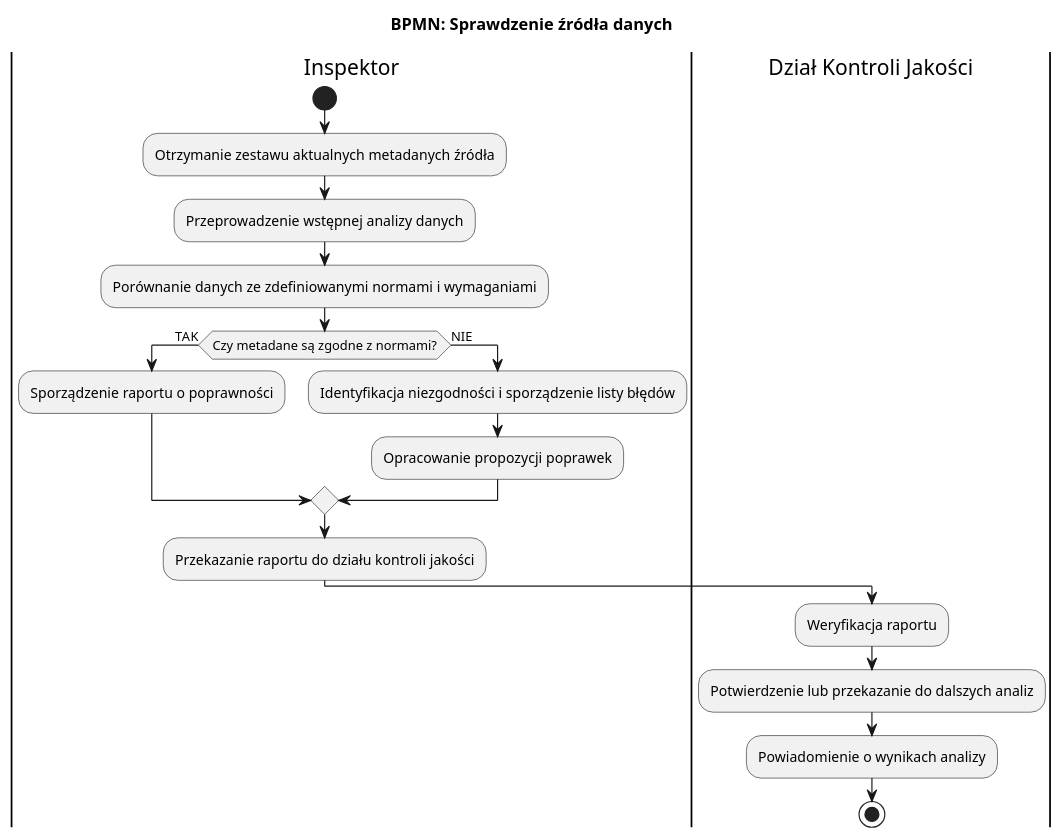
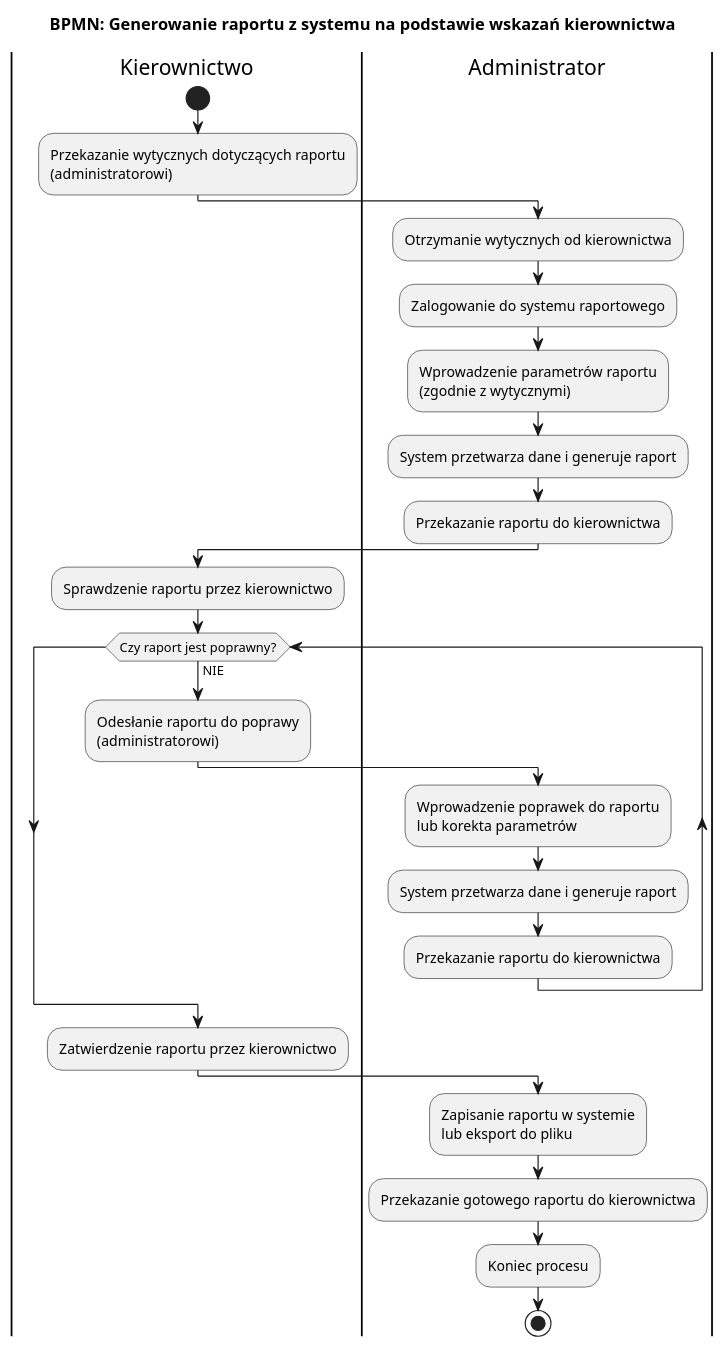
Before and after one commit to falkowp/IWO25L: the diagram in dokumentacja/specyfikacja.wymagan/2.opis.biznesu/procesy.biznesowe/aktualne/A_PB0006.puml, drawn with PlantUML. The commit also changed 16 other files, not shown here.

```diff
--- a/dokumentacja/specyfikacja.wymagan/2.opis.biznesu/procesy.biznesowe/aktualne/A_PB0006.puml
+++ b/dokumentacja/specyfikacja.wymagan/2.opis.biznesu/procesy.biznesowe/aktualne/A_PB0006.puml
@@ -1,21 +1,29 @@
 @startuml
-title BPMN: Sprawdzenie źródła danych
+title BPMN: Generowanie raportu z systemu na podstawie wskazań kierownictwa
 
-|Inspektor|
+|Kierownictwo|
 start
-:Otrzymanie zestawu aktualnych metadanych źródła;
-:Przeprowadzenie wstępnej analizy danych;
-:Porównanie danych ze zdefiniowanymi normami i wymaganiami;
-if (Czy metadane są zgodne z normami?) then (TAK)
-  :Sporządzenie raportu o poprawności;
-else (NIE)
-  :Identyfikacja niezgodności i sporządzenie listy błędów;
-  :Opracowanie propozycji poprawek;
-endif
-:Przekazanie raportu do działu kontroli jakości;
-|Dział Kontroli Jakości|
-:Weryfikacja raportu;
-:Potwierdzenie lub przekazanie do dalszych analiz;
-:Powiadomienie o wynikach analizy;
+:Przekazanie wytycznych dotyczących raportu\n(administratorowi);
+|Administrator|
+:Otrzymanie wytycznych od kierownictwa;
+:Zalogowanie do systemu raportowego;
+:Wprowadzenie parametrów raportu\n(zgodnie z wytycznymi);
+:System przetwarza dane i generuje raport;
+:Przekazanie raportu do kierownictwa;
+|Kierownictwo|
+:Sprawdzenie raportu przez kierownictwo;
+while (Czy raport jest poprawny?) is (NIE)
+  :Odesłanie raportu do poprawy\n(administratorowi);
+  |Administrator|
+  :Wprowadzenie poprawek do raportu\nlub korekta parametrów;
+  :System przetwarza dane i generuje raport;
+  :Przekazanie raportu do kierownictwa;
+  |Kierownictwo|
+endwhile
+:Zatwierdzenie raportu przez kierownictwo;
+|Administrator|
+:Zapisanie raportu w systemie\nlub eksport do pliku;
+:Przekazanie gotowego raportu do kierownictwa;
+:Koniec procesu;
 stop
 @enduml
```
